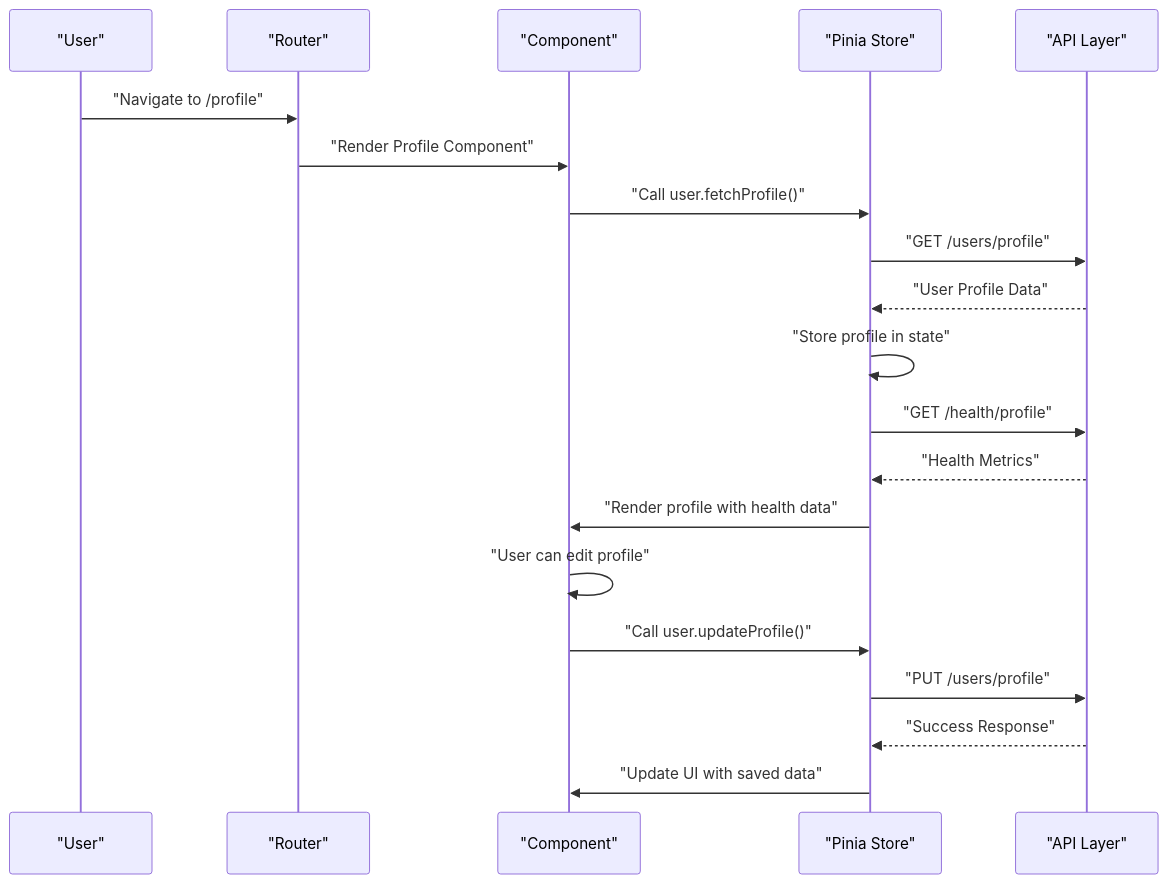
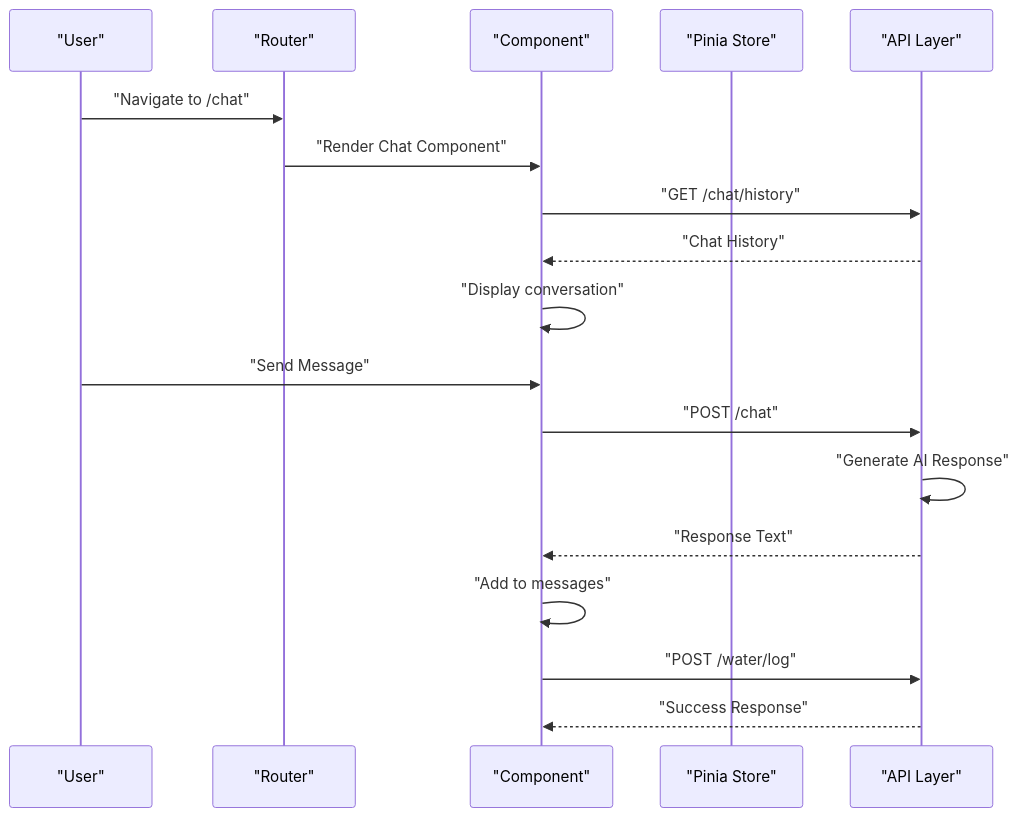
Before and after one commit to hsarjun04-netizen/NUTRICooACH: the second of 3 diagrams in .qoder/repowiki/en/content/Frontend Application/Component Documentation.md, drawn with Mermaid. The commit also changed other lines of this file and 8 other files, not shown here.

Commit message:
Redesign Dashboard: dark sidebar, hero banner, activity chart, calendar, donut chart, water tracker

````diff
--- a/.qoder/repowiki/en/content/Frontend Application/Component Documentation.md
+++ b/.qoder/repowiki/en/content/Frontend Application/Component Documentation.md
@@ -149,22 +173,20 @@
 ```mermaid
 sequenceDiagram
 participant U as "User"
 participant R as "Router"
 participant C as "Component"
 participant S as "Pinia Store"
 participant A as "API Layer"
-U->>R : "Navigate to /profile"
-R->>C : "Render Profile Component"
-C->>S : "Call user.fetchProfile()"
-S->>A : "GET /users/profile"
-A-->>S : "User Profile Data"
-S->>S : "Store profile in state"
-S->>A : "GET /health/profile"
-A-->>S : "Health Metrics"
-S->>C : "Render profile with health data"
-C->>C : "User can edit profile"
-C->>S : "Call user.updateProfile()"
-S->>A : "PUT /users/profile"
-A-->>S : "Success Response"
-S->>C : "Update UI with saved data"
+U->>R : "Navigate to /chat"
+R->>C : "Render Chat Component"
+C->>A : "GET /chat/history"
+A-->>C : "Chat History"
+C->>C : "Display conversation"
+U->>C : "Send Message"
+C->>A : "POST /chat"
+A->>A : "Generate AI Response"
+A-->>C : "Response Text"
+C->>C : "Add to messages"
+C->>A : "POST /water/log"
+A-->>C : "Success Response"
 ```
````
